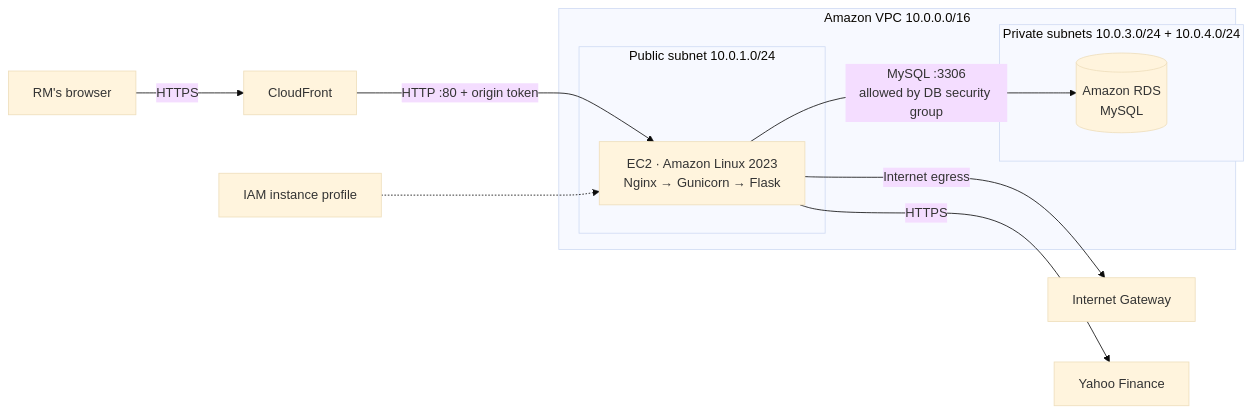
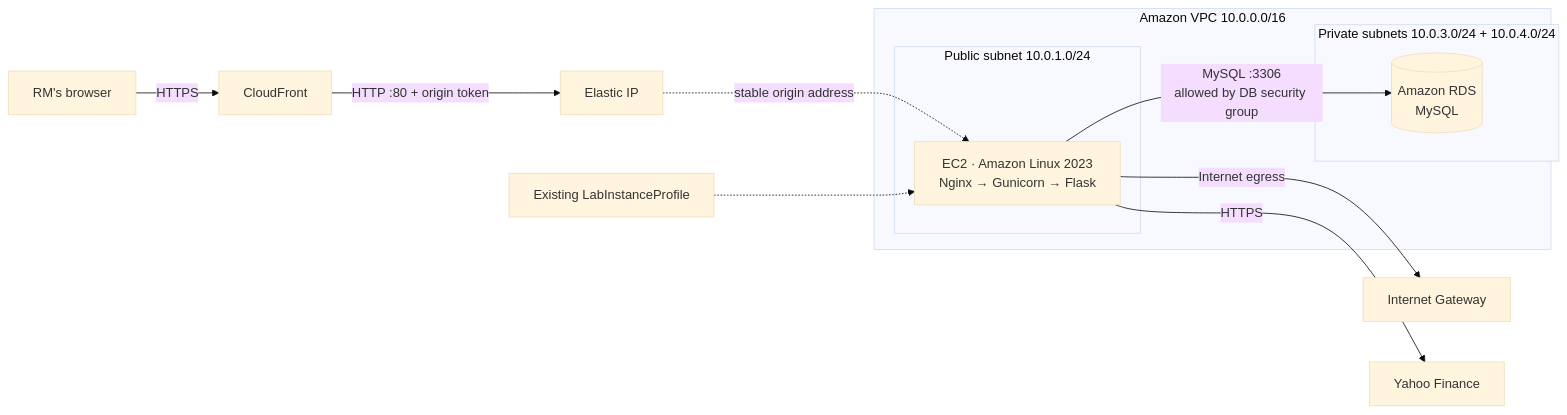
Before and after one commit to pujoglekar2026/DS600-Group-Proj: the diagram in README.md, drawn with Mermaid (base theme). The commit also changed other lines of this file, not shown here.

````diff
--- a/README.md
+++ b/README.md
@@ -35,17 +35,18 @@
 ```mermaid
 flowchart LR
     U[RM's browser] -->|HTTPS| CF[CloudFront]
     subgraph VPC["Amazon VPC 10.0.0.0/16"]
         subgraph PUB["Public subnet 10.0.1.0/24"]
             EC2["EC2 · Amazon Linux 2023<br/>Nginx → Gunicorn → Flask"]
         end
         subgraph PRIV["Private subnets 10.0.3.0/24 + 10.0.4.0/24"]
             RDS[("Amazon RDS<br/>MySQL")]
         end
         EC2 -->|MySQL :3306<br/>allowed by DB security group| RDS
     end
-    CF -->|HTTP :80 + origin token| EC2
+    EIP["Elastic IP"] -.->|stable origin address| EC2
+    CF -->|HTTP :80 + origin token| EIP
     EC2 -->|Internet egress| IGW[Internet Gateway]
     EC2 -->|HTTPS| YF[Yahoo Finance]
-    IAM[IAM instance profile] -.-> EC2
+    IAM["Existing LabInstanceProfile"] -.-> EC2
 ```
````
